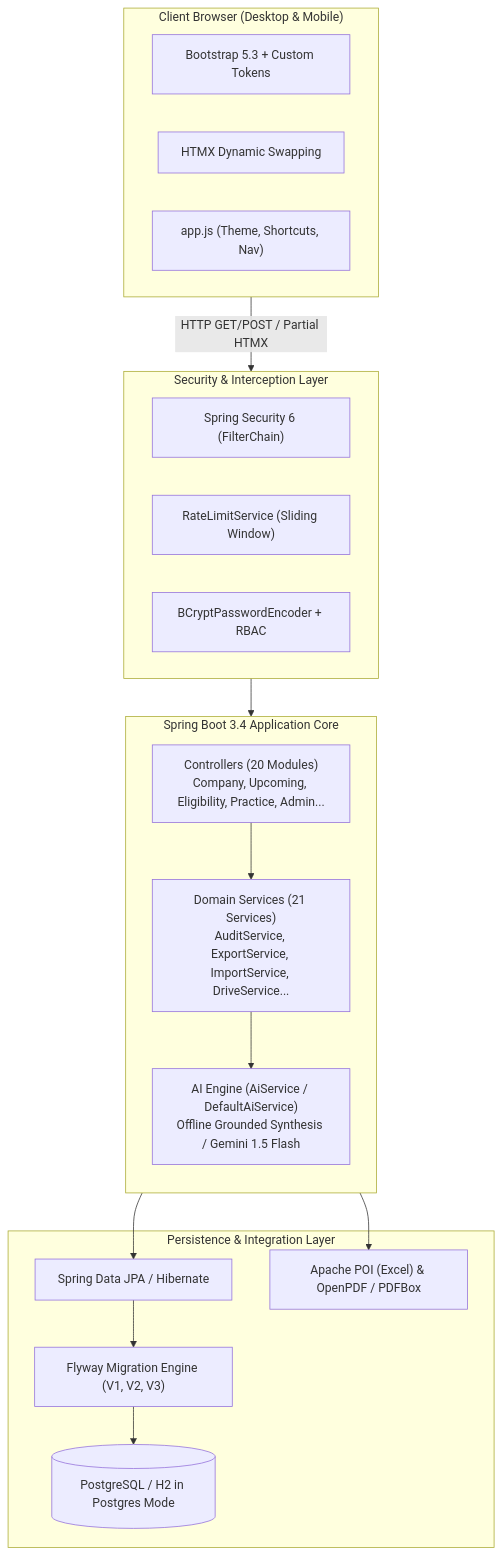
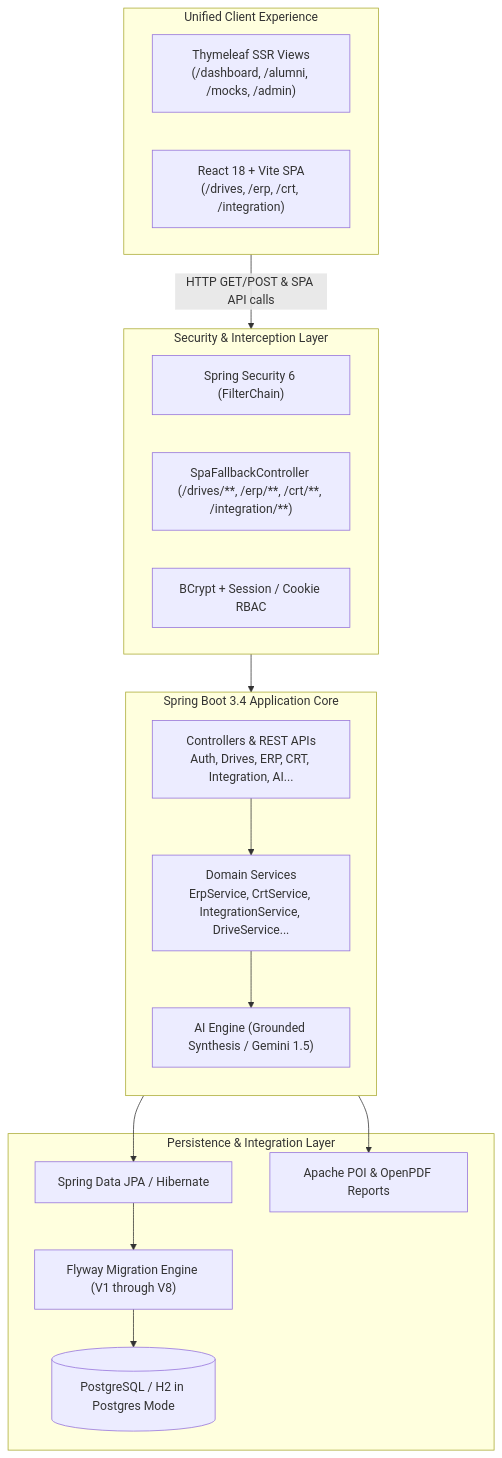
The first of 2 diagrams in README.md (taneshkhandal07-debug/Placement_Helper_Project), drawn with Mermaid before and after one commit. The commit also changed other lines of this file, not shown here.

Commit message:
docs: update README to reflect Superset Pro branding and unified architecture

````diff
--- a/README.md
+++ b/README.md
@@ -62,37 +64,36 @@
 ```mermaid
 flowchart TD
-    subgraph Client["Client Browser (Desktop & Mobile)"]
-        UI["Bootstrap 5.3 + Custom Tokens"]
-        HTMX["HTMX Dynamic Swapping"]
-        AppJS["app.js (Theme, Shortcuts, Nav)"]
+    subgraph Client["Unified Client Experience"]
+        SSR["Thymeleaf SSR Views<br/>(/dashboard, /alumni, /mocks, /admin)"]
+        SPA["React 18 + Vite SPA<br/>(/drives, /erp, /crt, /integration)"]
     end
 
     subgraph Security["Security & Interception Layer"]
         Filter["Spring Security 6 (FilterChain)"]
-        RateLimit["RateLimitService (Sliding Window)"]
-        Auth["BCryptPasswordEncoder + RBAC"]
+        SpaFallback["SpaFallbackController (/drives/**, /erp/**, /crt/**, /integration/**)"]
+        Auth["BCrypt + Session / Cookie RBAC"]
     end
 
     subgraph Application["Spring Boot 3.4 Application Core"]
         direction TB
-        Controllers["Controllers (20 Modules)<br/>Company, Upcoming, Eligibility, Practice, Admin..."]
-        Services["Domain Services (21 Services)<br/>AuditService, ExportService, ImportService, DriveService..."]
-        AIService["AI Engine (AiService / DefaultAiService)<br/>Offline Grounded Synthesis / Gemini 1.5 Flash"]
+        Controllers["Controllers & REST APIs<br/>Auth, Drives, ERP, CRT, Integration, AI..."]
+        Services["Domain Services<br/>ErpService, CrtService, IntegrationService, DriveService..."]
+        AIService["AI Engine (Grounded Synthesis / Gemini 1.5)"]
     end
 
     subgraph Data["Persistence & Integration Layer"]
         JPA["Spring Data JPA / Hibernate"]
-        Flyway["Flyway Migration Engine (V1, V2, V3)"]
+        Flyway["Flyway Migration Engine (V1 through V8)"]
         DB[("PostgreSQL / H2 in Postgres Mode")]
-        Docs["Apache POI (Excel) & OpenPDF / PDFBox"]
+        Docs["Apache POI & OpenPDF Reports"]
     end
 
-    Client -->|HTTP GET/POST / Partial HTMX| Security
+    Client -->|HTTP GET/POST & SPA API calls| Security
     Security --> Controllers
     Controllers --> Services
     Services --> AIService
     Services --> JPA
     Services --> Docs
     JPA --> Flyway
     Flyway --> DB
 ```
````
